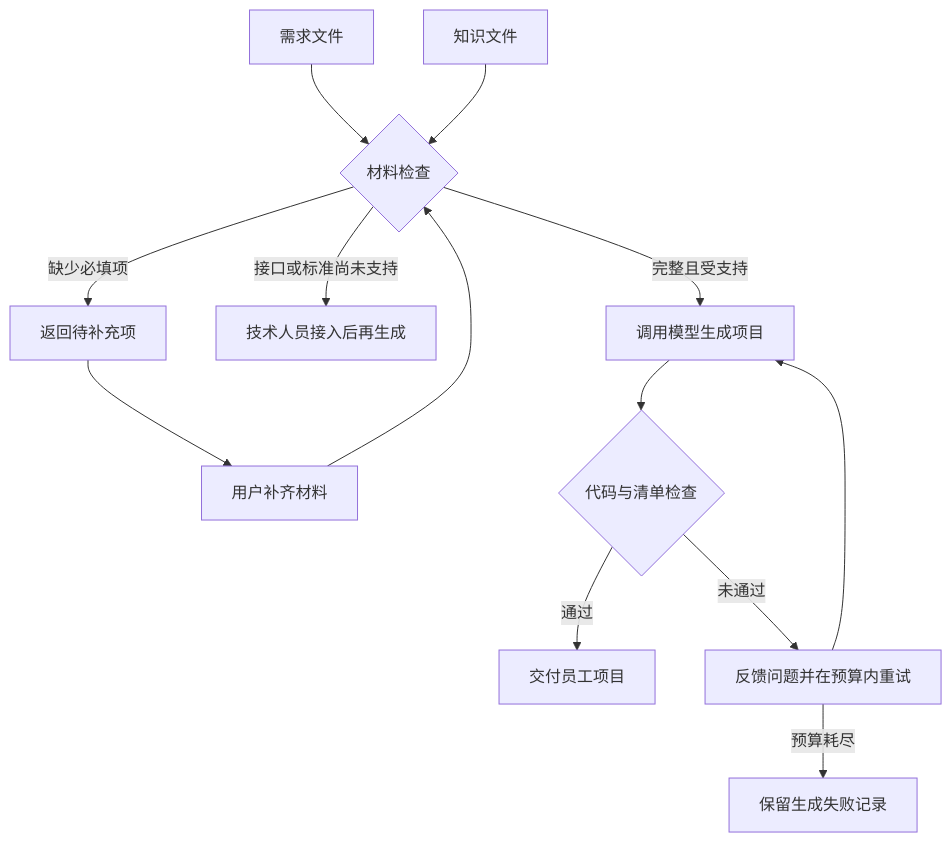
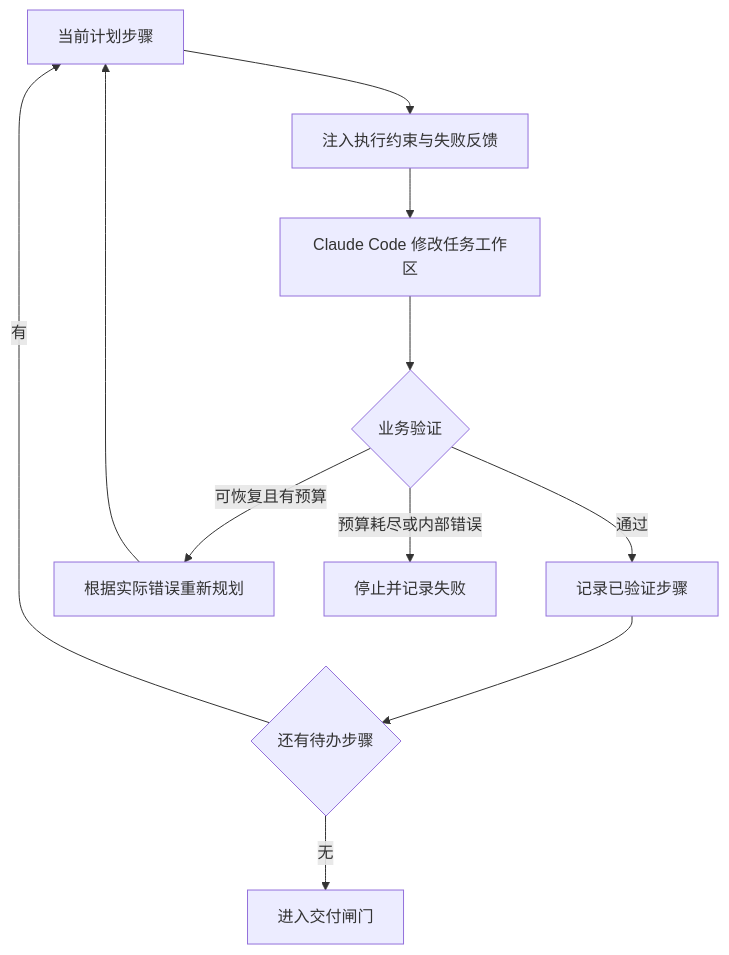
Before and after one commit to TIMPICKLE/devops-agent-chassis: the second of 2 diagrams in docs/LEADERS_USE_CASE.md, drawn with Mermaid. The commit also changed other lines of this file and 3 other files, not shown here.

````diff
--- a/docs/LEADERS_USE_CASE.md
+++ b/docs/LEADERS_USE_CASE.md
@@ -75,15 +202,13 @@
 ```mermaid
 flowchart TD
-    A[需求文件] --> C{材料检查}
-    B[知识文件] --> C
-    C -->|缺少必填项| D[返回待补充项]
-    D --> E[用户补齐材料]
-    E --> C
-    C -->|接口或标准尚未支持| F[技术人员接入后再生成]
-    C -->|完整且受支持| G[调用模型生成项目]
-    G --> H{代码与清单检查}
-    H -->|通过| I[交付员工项目]
-    H -->|未通过| J[反馈问题并在预算内重试]
-    J --> G
-    J -->|预算耗尽| K[保留生成失败记录]
+    P[当前计划步骤] --> K[注入执行约束与失败反馈]
+    K --> C[Claude Code 修改任务工作区]
+    C --> V{业务验证}
+    V -->|通过| A[记录已验证步骤]
+    A --> N{还有待办步骤}
+    N -->|有| P
+    N -->|无| G[进入交付闸门]
+    V -->|可恢复且有预算| R[根据实际错误重新规划]
+    R --> P
+    V -->|预算耗尽或内部错误| F[停止并记录失败]
 ```
````
